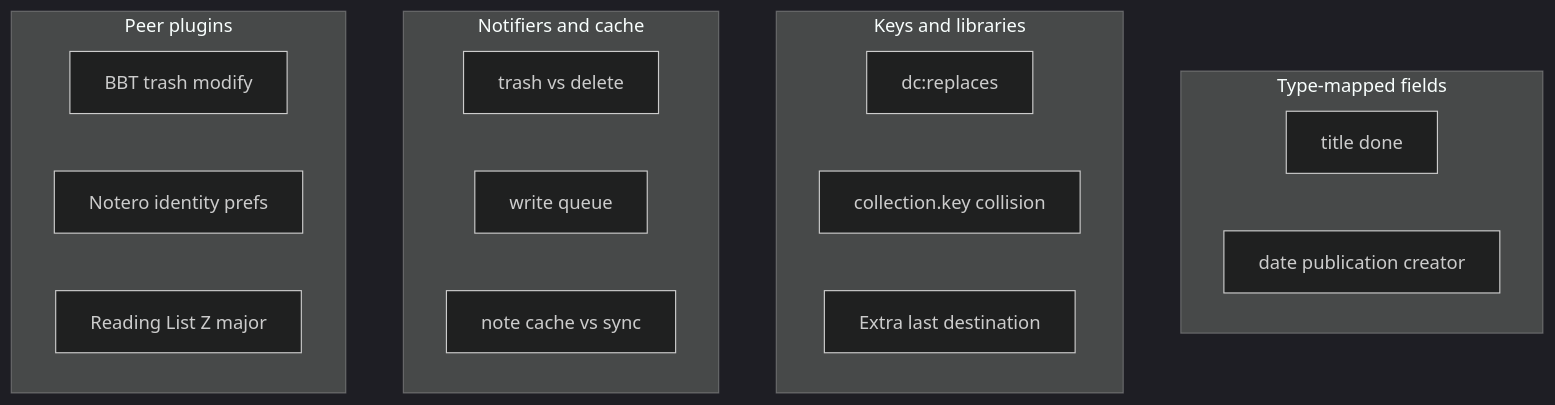
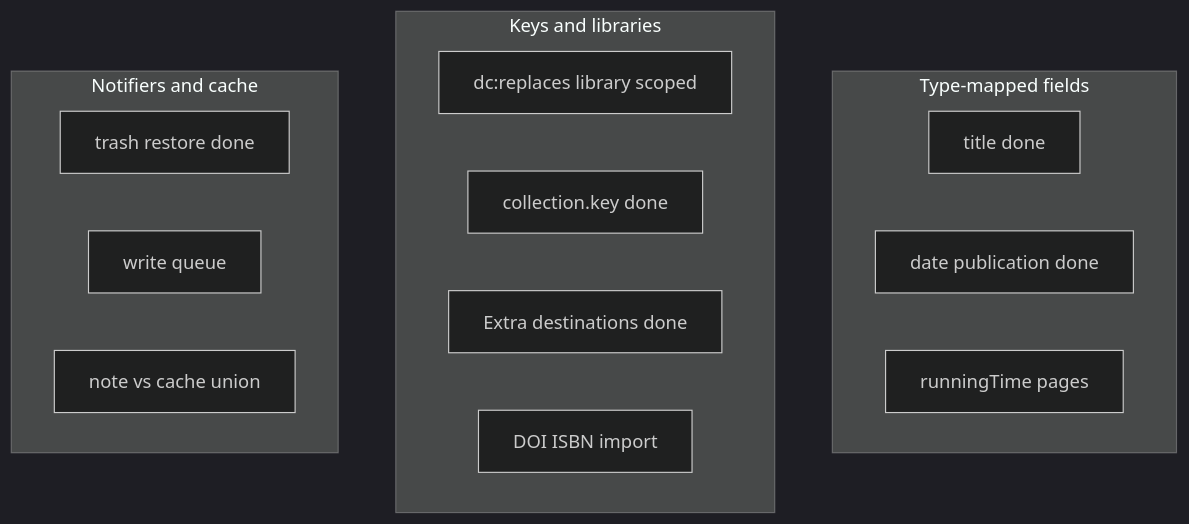
One commit to janbaykara/zotero-syllabus changed the diagram in .cursor/plans/edge_case_catalog_f566d0b4.plan.md. Above: the diagram before and after it, drawn with Mermaid (dark theme). The commit also changed other lines of this file, not shown here.

First line of the commit message:
Mark first-wave robustness items done in the catalog

````diff
--- a/.cursor/plans/edge_case_catalog_f566d0b4.plan.md
+++ b/.cursor/plans/edge_case_catalog_f566d0b4.plan.md
@@ -38,22 +42,19 @@
 ```mermaid
 flowchart TD
   subgraph fields [Type-mapped fields]
     title[title done]
-    date[date publication creator]
+    date[date publication done]
+    runtime[runningTime pages]
   end
   subgraph keys [Keys and libraries]
-    merge[dc:replaces]
-    collKey[collection.key collision]
-    extraMove[Extra last destination]
+    merge[dc:replaces library scoped]
+    collKey[collection.key done]
+    extraMove[Extra destinations done]
+    doiIsbn[DOI ISBN import]
   end
   subgraph events [Notifiers and cache]
-    trash[trash vs delete]
+    trash[trash restore done]
     writeQ[write queue]
-    noteMerge[note cache vs sync]
-  end
-  subgraph peers [Peer plugins]
-    bbt[BBT trash modify]
-    notero[Notero identity prefs]
-    rl[Reading List Z major]
+    noteMerge[note vs cache union]
   end
 ```
````
